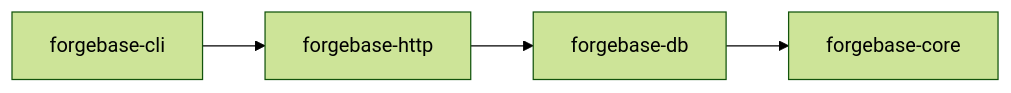
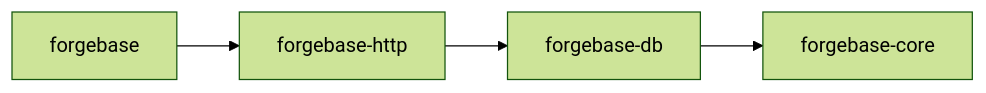
One commit to tvstore/Forgebase changed the diagram in docs/blueprint/architecture.md. Above: the diagram before and after it, drawn with Mermaid (forest theme). The commit also changed other lines of this file and 44 other files, not shown here.

````diff
--- a/docs/blueprint/architecture.md
+++ b/docs/blueprint/architecture.md
@@ -32,4 +32,4 @@
 ```mermaid
 graph LR
-  cli[forgebase-cli] --> http[forgebase-http] --> db[forgebase-db] --> core[forgebase-core]
+  entry[forgebase] --> http[forgebase-http] --> db[forgebase-db] --> core[forgebase-core]
 ```
````
